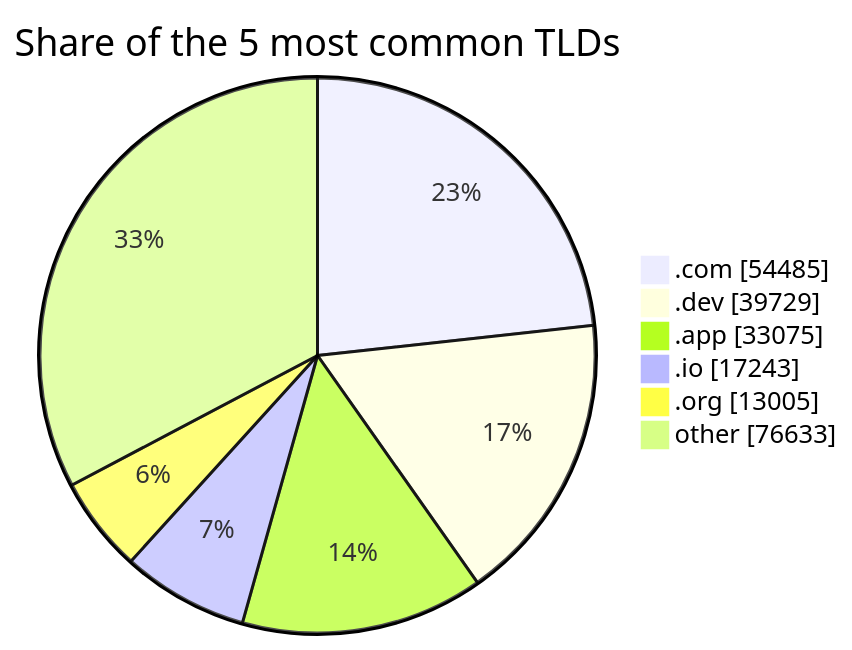
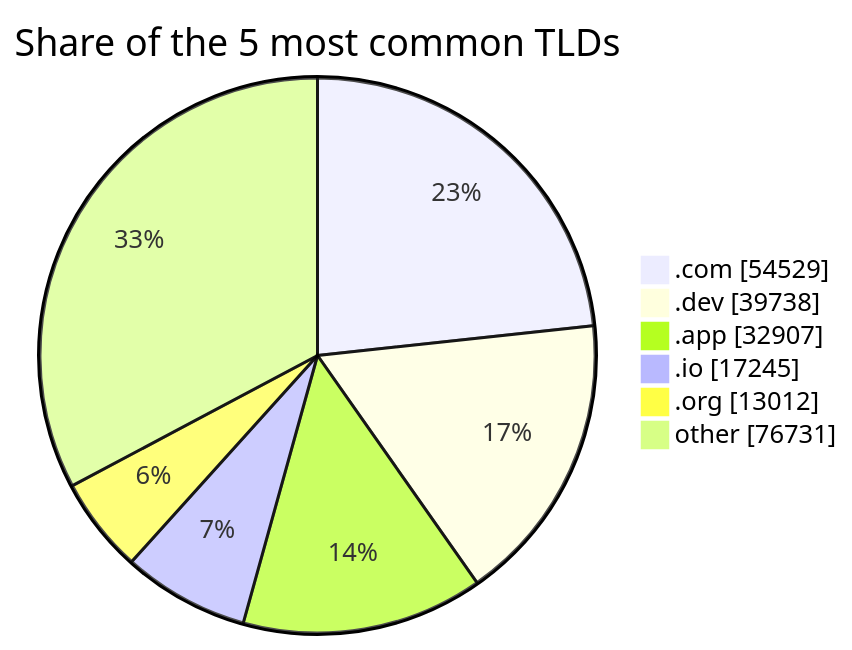
The second of 2 diagrams in README.md (DNSBunker/CTI), drawn with Mermaid before and after one commit. The commit also changed other lines of this file and 3 other files, not shown here.

````diff
--- a/README.md
+++ b/README.md
@@ -72,9 +72,9 @@
 ```mermaid
 pie showData title Share of the 5 most common TLDs
-    ".com" : 54485
-    ".dev" : 39729
-    ".app" : 33075
-    ".io" : 17243
-    ".org" : 13005
-    "other" : 76633
+    ".com" : 54529
+    ".dev" : 39738
+    ".app" : 32907
+    ".io" : 17245
+    ".org" : 13012
+    "other" : 76731
 ```
````
